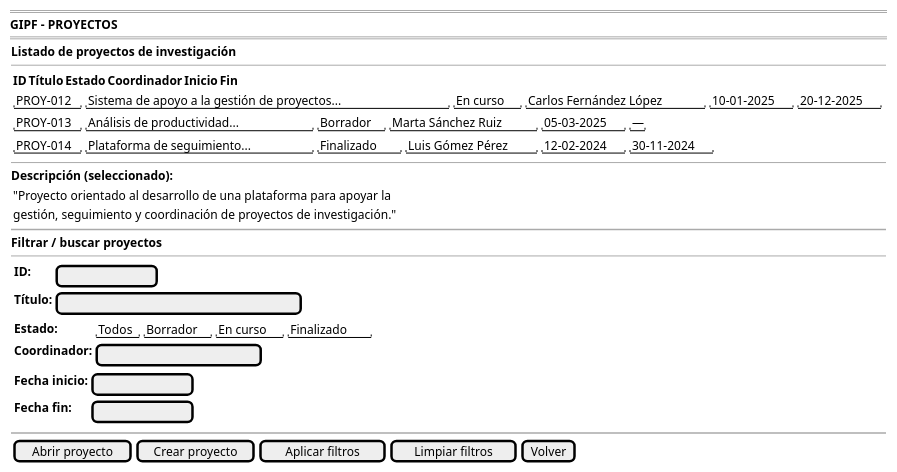
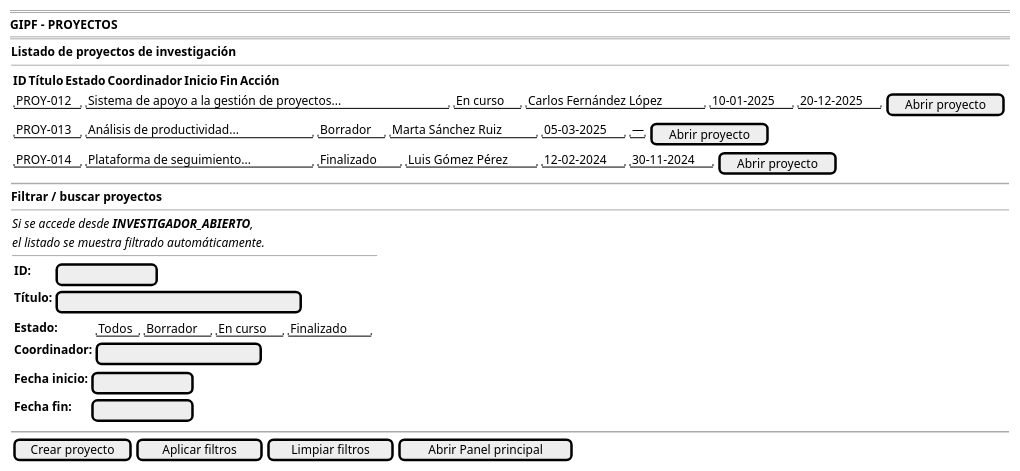
One commit to 31Diego/25-26-IdSw1-SdR changed the diagram in documents/casosDeUso/detalle/coordinador/02-gestion-proyectos/abrirProyectos/prototipo/prototipo.puml. Above: the diagram before and after it, drawn with PlantUML. The commit also changed 69 other files, not shown here.

```diff
--- a/documents/casosDeUso/detalle/coordinador/02-gestion-proyectos/abrirProyectos/prototipo/prototipo.puml
+++ b/documents/casosDeUso/detalle/coordinador/02-gestion-proyectos/abrirProyectos/prototipo/prototipo.puml
@@ -1,46 +1,43 @@
 @startsalt abrirProyectos-wireframe
 {
     ====
     <b>GIPF - PROYECTOS</b>
     ====
     {
         <b>Listado de proyectos de investigación</b>
         --
         {
-            {<b>ID</b> | <b>Título</b> | <b>Estado</b> | <b>Coordinador</b> | <b>Inicio</b> | <b>Fin</b>}
-            {"PROY-012" | "Sistema de apoyo a la gestión de proyectos..." | "En curso" | "Carlos Fernández López" | "10-01-2025" | "20-12-2025"}
-            {"PROY-013" | "Análisis de productividad..."     | "Borrador" | "Marta Sánchez Ruiz"     | "05-03-2025" | "—"}
-            {"PROY-014" | "Plataforma de seguimiento..."     | "Finalizado" | "Luis Gómez Pérez"     | "12-02-2024" | "30-11-2024"}
-        }
-
-        --
-
-        <b>Descripción (seleccionado):</b>
-        {
-            {"Proyecto orientado al desarrollo de una plataforma para apoyar la
-            gestión, seguimiento y coordinación de proyectos de investigación."}
+            {<b>ID</b> | <b>Título</b> | <b>Estado</b> | <b>Coordinador</b> | <b>Inicio</b> | <b>Fin</b> | <b>Acción</b>}
+            {"PROY-012" | "Sistema de apoyo a la gestión de proyectos..." | "En curso" | "Carlos Fernández López" | "10-01-2025" | "20-12-2025" | [Abrir proyecto]}
+            {"PROY-013" | "Análisis de productividad..."                   | "Borrador" | "Marta Sánchez Ruiz"     | "05-03-2025" | "—"          | [Abrir proyecto]}
+            {"PROY-014" | "Plataforma de seguimiento..."                   | "Finalizado" | "Luis Gómez Pérez"     | "12-02-2024" | "30-11-2024" | [Abrir proyecto]}
         }
 
         ~~
 
         <b>Filtrar / buscar proyectos</b>
         --
         {
+            <i>Si se accede desde <b>INVESTIGADOR_ABIERTO</b>,
+            <i>el listado se muestra filtrado automáticamente.
+
+            --
+
             {
             {<b>ID:</b> | [            ]
             <b>Título:</b> | [                              ]}
 
             {<b>Estado:</b> | { "Todos" | "Borrador" | "En curso" | "Finalizado" }
             <b>Coordinador:</b> | [                    ]}
 
             {<b>Fecha inicio:</b> | [            ]
             <b>Fecha fin:</b> | [            ]}
             }
         }
 
         ~~
 
-        {[Abrir proyecto] | [Crear proyecto] | [Aplicar filtros] | [Limpiar filtros] | [Volver]}
+        {[Crear proyecto] | [Aplicar filtros] | [Limpiar filtros] | [Abrir Panel principal]}
     }
 }
 @endsalt
```
